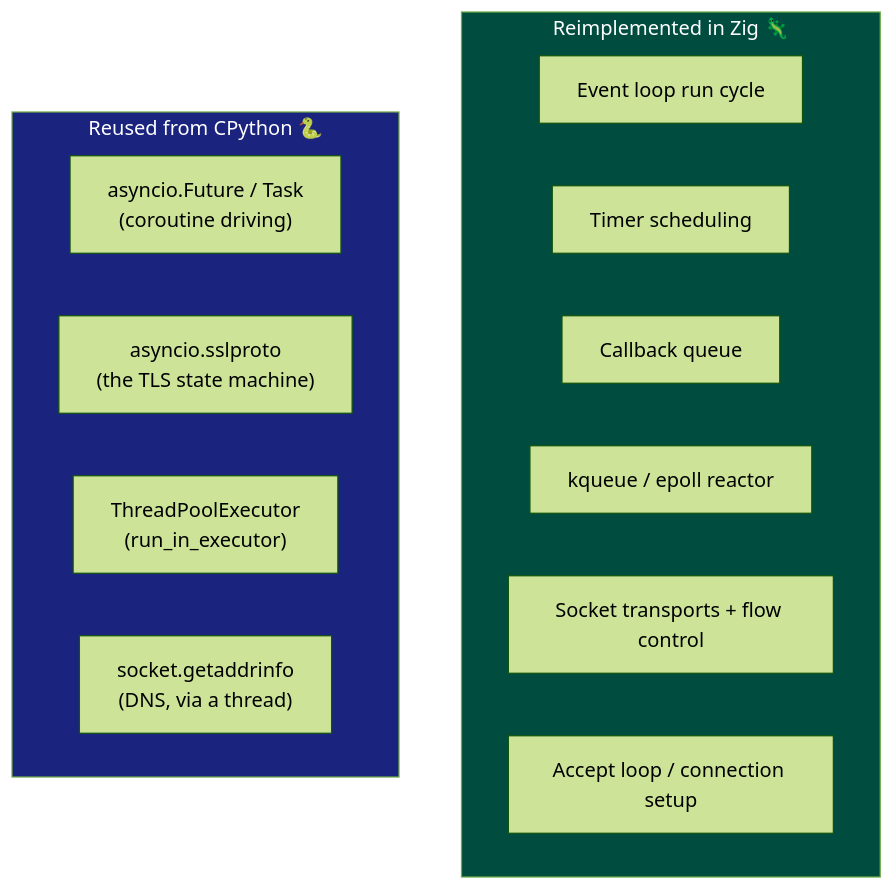
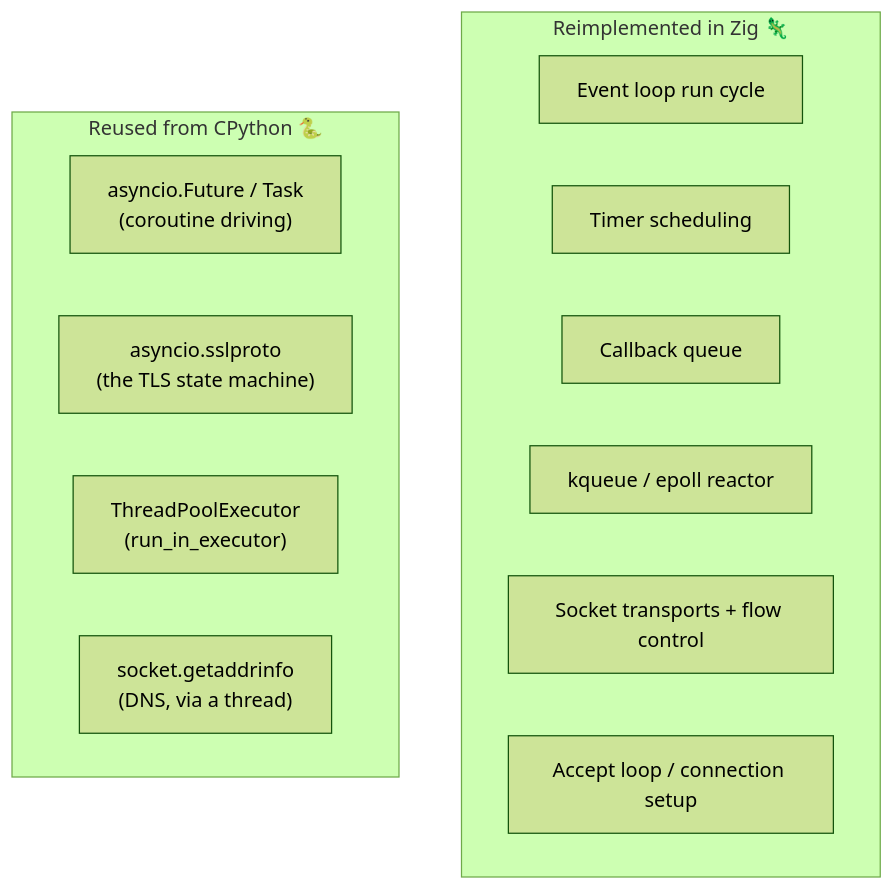
Before and after one commit to Kludex/zloop: the first of 2 diagrams in docs/architecture/reuse.md, drawn with Mermaid (forest theme). The commit also changed other lines of this file and 15 other files, not shown here.

First line of the commit message:
Docs: fix mermaid rendering, drop hardcoded fills, em-dashes, update perf

````diff
--- a/docs/architecture/reuse.md
+++ b/docs/architecture/reuse.md
@@ -19,19 +19,17 @@
 ```mermaid
 graph TD
     subgraph zig["Reimplemented in Zig 🦎"]
         A[Event loop run cycle]
         B[Timer scheduling]
         C[Callback queue]
         D[kqueue / epoll reactor]
         E[Socket transports + flow control]
         F[Accept loop / connection setup]
     end
     subgraph reuse["Reused from CPython 🐍"]
         G["asyncio.Future / Task<br/>(coroutine driving)"]
         H["asyncio.sslproto<br/>(the TLS state machine)"]
         I["ThreadPoolExecutor<br/>(run_in_executor)"]
         J["socket.getaddrinfo<br/>(DNS, via a thread)"]
     end
-    style zig fill:#004d40,color:#fff
-    style reuse fill:#1a237e,color:#fff
 ```
````
